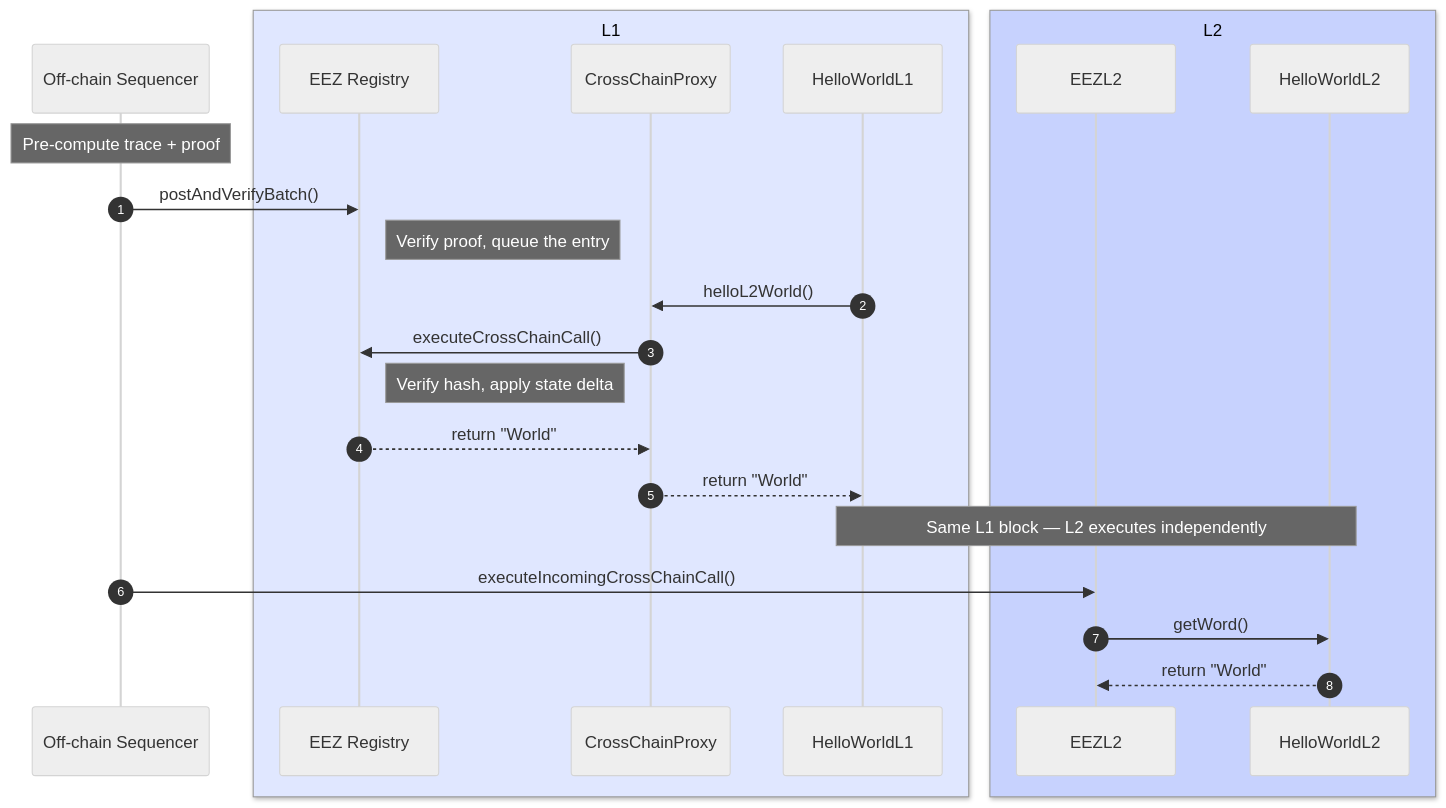
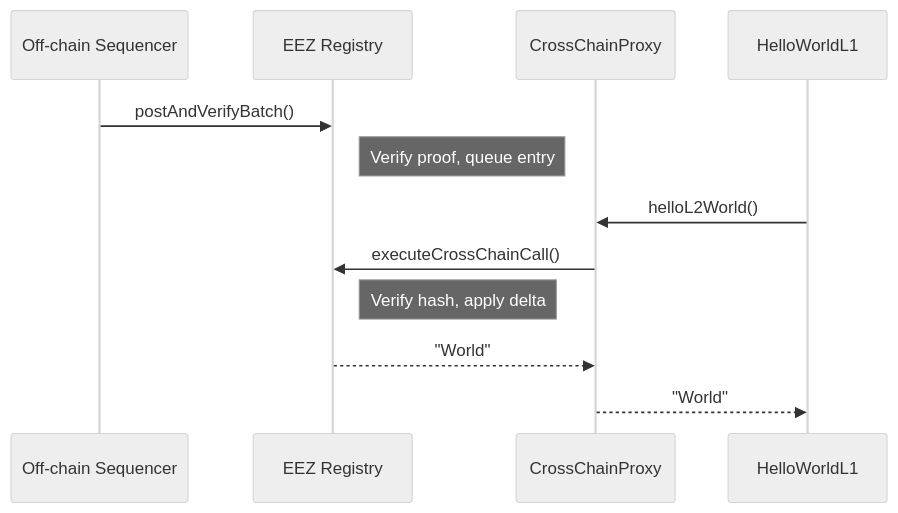
Before and after one commit to 0xarmagan/eez-docs: the first of 2 diagrams in docs/_execution-flow-diagram.mdx, drawn with Mermaid (neutral theme). The commit also changed other lines of this file, not shown here.

Commit message:
Split execution-flow diagram into two focused phase diagrams
The single 6-lane sequence diagram (8 arrows, 3 notes) was hard to
digest at a glance. Split into two smaller diagrams matching the
phases already described in the surrounding prose: L1 execution
(4 lanes, sequencer/proxy/registry/app) and L2 execution (3 lanes,
sequencer/EEZL2/app), each with a one-line phase intro.

````diff
--- a/docs/_execution-flow-diagram.mdx
+++ b/docs/_execution-flow-diagram.mdx
@@ -1,27 +3,15 @@
 ```mermaid
 sequenceDiagram
-    autonumber
     participant Seq as Off-chain Sequencer
-    box rgb(224,231,255) L1
     participant EEZ as EEZ Registry
     participant Proxy as CrossChainProxy
     participant AppL1 as HelloWorldL1
-    end
-    box rgb(199,210,254) L2
-    participant EEZL2 as EEZL2
-    participant AppL2 as HelloWorldL2
-    end
 
-    Note over Seq: Pre-compute trace + proof
     Seq->>EEZ: postAndVerifyBatch()
-    Note right of EEZ: Verify proof, queue the entry
+    Note right of EEZ: Verify proof, queue entry
     AppL1->>Proxy: helloL2World()
     Proxy->>EEZ: executeCrossChainCall()
-    Note right of EEZ: Verify hash, apply state delta
-    EEZ-->>Proxy: return "World"
-    Proxy-->>AppL1: return "World"
-    Note over AppL1,AppL2: Same L1 block — L2 executes independently
-    Seq->>EEZL2: executeIncomingCrossChainCall()
-    EEZL2->>AppL2: getWord()
-    AppL2-->>EEZL2: return "World"
+    Note right of EEZ: Verify hash, apply delta
+    EEZ-->>Proxy: "World"
+    Proxy-->>AppL1: "World"
 ```
````
